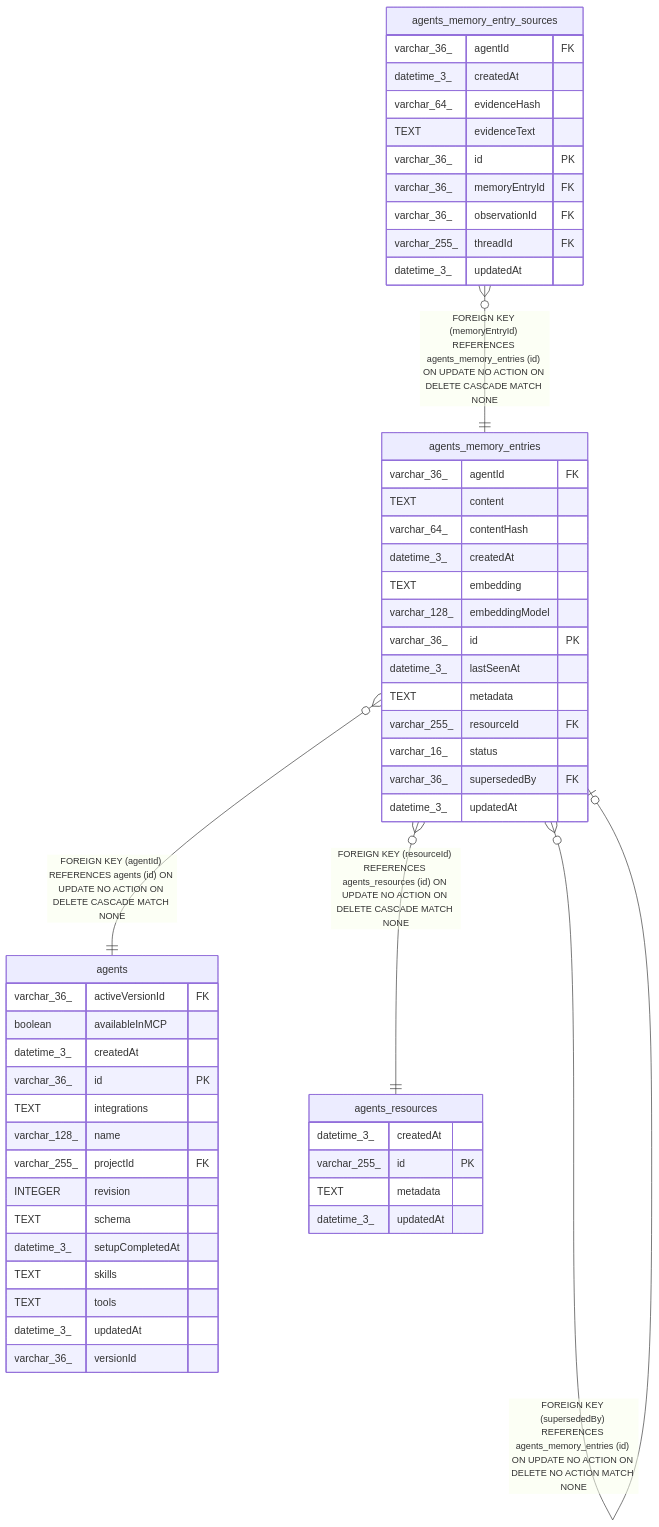
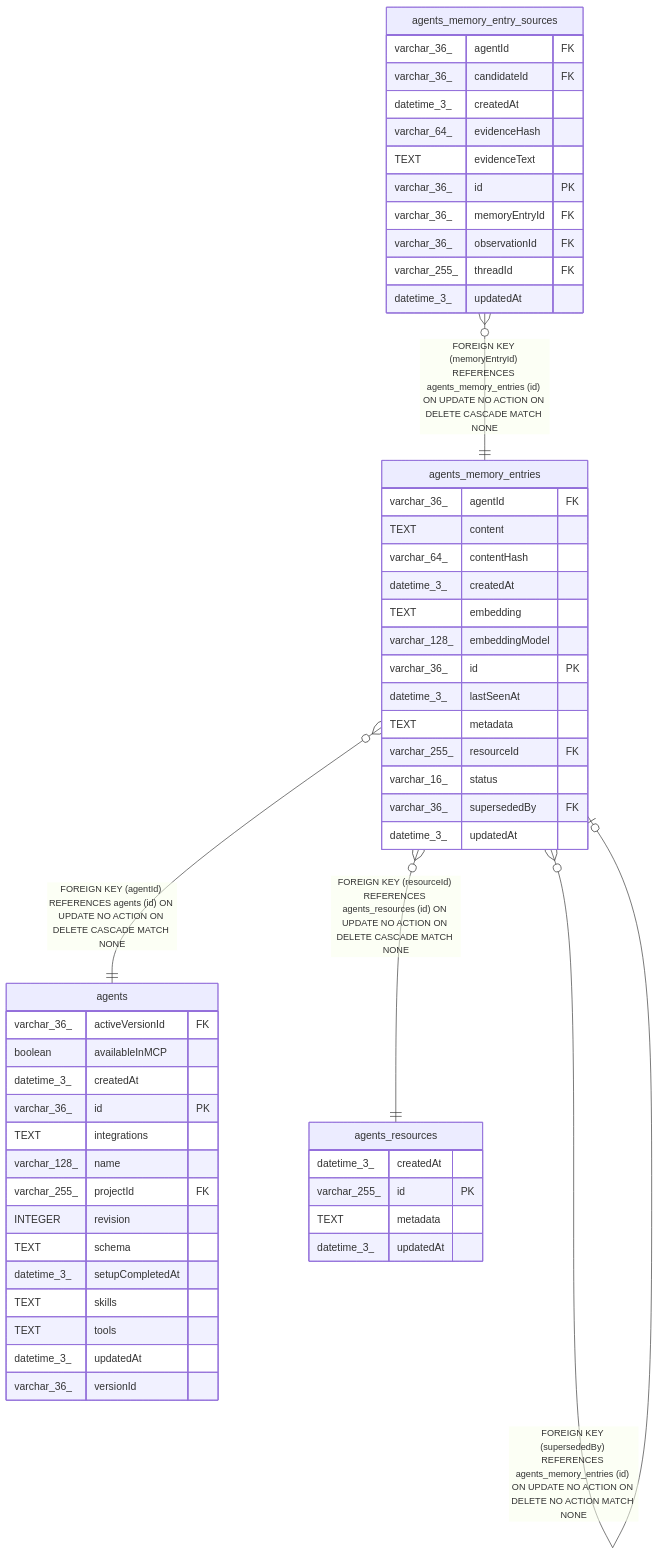
The diagram in universal-plugin/backend/oss/n8n/docs/generated/sqlite-schema/agents_memory_entries.md (Tanishq-1/all-global-plugin), drawn with Mermaid before and after one commit. The commit also changed 3199 other files, not shown here.

````diff
--- a/universal-plugin/backend/oss/n8n/docs/generated/sqlite-schema/agents_memory_entries.md
+++ b/universal-plugin/backend/oss/n8n/docs/generated/sqlite-schema/agents_memory_entries.md
@@ -55,57 +55,58 @@
 ```mermaid
 erDiagram
 
 "agents_memory_entries" }o--|| "agents" : "FOREIGN KEY (agentId) REFERENCES agents (id) ON UPDATE NO ACTION ON DELETE CASCADE MATCH NONE"
 "agents_memory_entries" }o--o| "agents_memory_entries" : "FOREIGN KEY (supersededBy) REFERENCES agents_memory_entries (id) ON UPDATE NO ACTION ON DELETE NO ACTION MATCH NONE"
 "agents_memory_entry_sources" }o--|| "agents_memory_entries" : "FOREIGN KEY (memoryEntryId) REFERENCES agents_memory_entries (id) ON UPDATE NO ACTION ON DELETE CASCADE MATCH NONE"
 "agents_memory_entries" }o--|| "agents_resources" : "FOREIGN KEY (resourceId) REFERENCES agents_resources (id) ON UPDATE NO ACTION ON DELETE CASCADE MATCH NONE"
 
 "agents_memory_entries" {
   varchar_36_ agentId FK
   TEXT content
   varchar_64_ contentHash
   datetime_3_ createdAt
   TEXT embedding
   varchar_128_ embeddingModel
   varchar_36_ id PK
   datetime_3_ lastSeenAt
   TEXT metadata
   varchar_255_ resourceId FK
   varchar_16_ status
   varchar_36_ supersededBy FK
   datetime_3_ updatedAt
 }
 "agents" {
   varchar_36_ activeVersionId FK
   boolean availableInMCP
   datetime_3_ createdAt
   varchar_36_ id PK
   TEXT integrations
   varchar_128_ name
   varchar_255_ projectId FK
   INTEGER revision
   TEXT schema
   datetime_3_ setupCompletedAt
   TEXT skills
   TEXT tools
   datetime_3_ updatedAt
   varchar_36_ versionId
 }
 "agents_memory_entry_sources" {
   varchar_36_ agentId FK
+  varchar_36_ candidateId FK
   datetime_3_ createdAt
   varchar_64_ evidenceHash
   TEXT evidenceText
   varchar_36_ id PK
   varchar_36_ memoryEntryId FK
   varchar_36_ observationId FK
   varchar_255_ threadId FK
   datetime_3_ updatedAt
 }
 "agents_resources" {
   datetime_3_ createdAt
   varchar_255_ id PK
   TEXT metadata
   datetime_3_ updatedAt
 }
 ```
````
